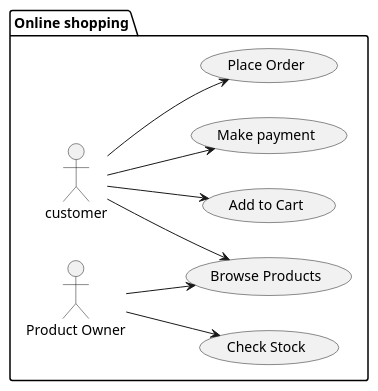
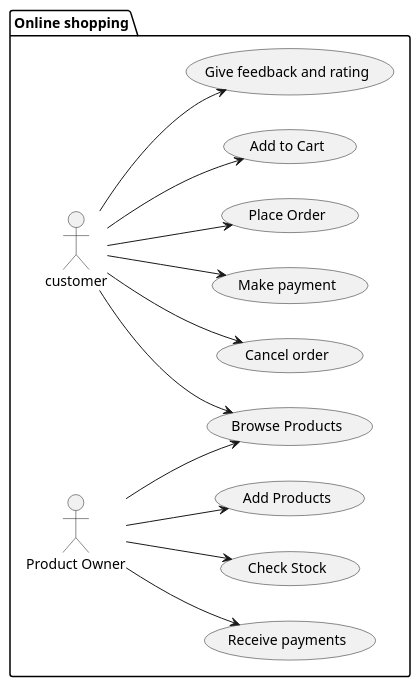
Before and after one commit to coder-Sabarish/sla: the diagram in uml/usecase.plantuml, drawn with PlantUML.

Commit message:
updated usecase diagram

```diff
--- a/uml/usecase.plantuml
+++ b/uml/usecase.plantuml
@@ -1,18 +1,26 @@
 @startuml
 left to right direction
 package "Online shopping" {
 actor "customer" as pm
   actor "Product Owner" as po
   usecase "Make payment" as UC1
   usecase "Place Order" as UC2
   usecase "Add to Cart" as UC3
   usecase "Browse Products" as UC4
   usecase "Check Stock" as UC5
+  usecase "Give feedback and rating" as UC6
+  usecase "Cancel order" as UC7
+  usecase "Add Products" as UC8
+  usecase "Receive payments" as UC9
 }
 pm --> UC1
 pm --> UC2
 pm --> UC3
 pm --> UC4
+pm --> UC6
+pm --> UC7
 po --> UC5
 po --> UC4
+po --> UC8
+po --> UC9
 @enduml
```
